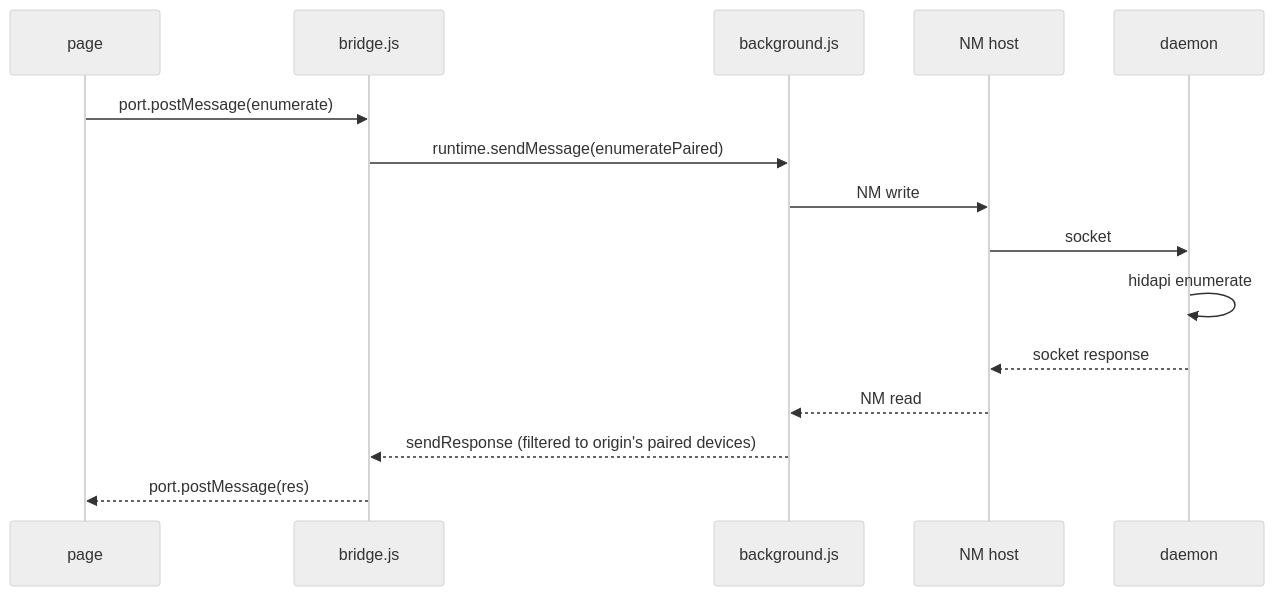
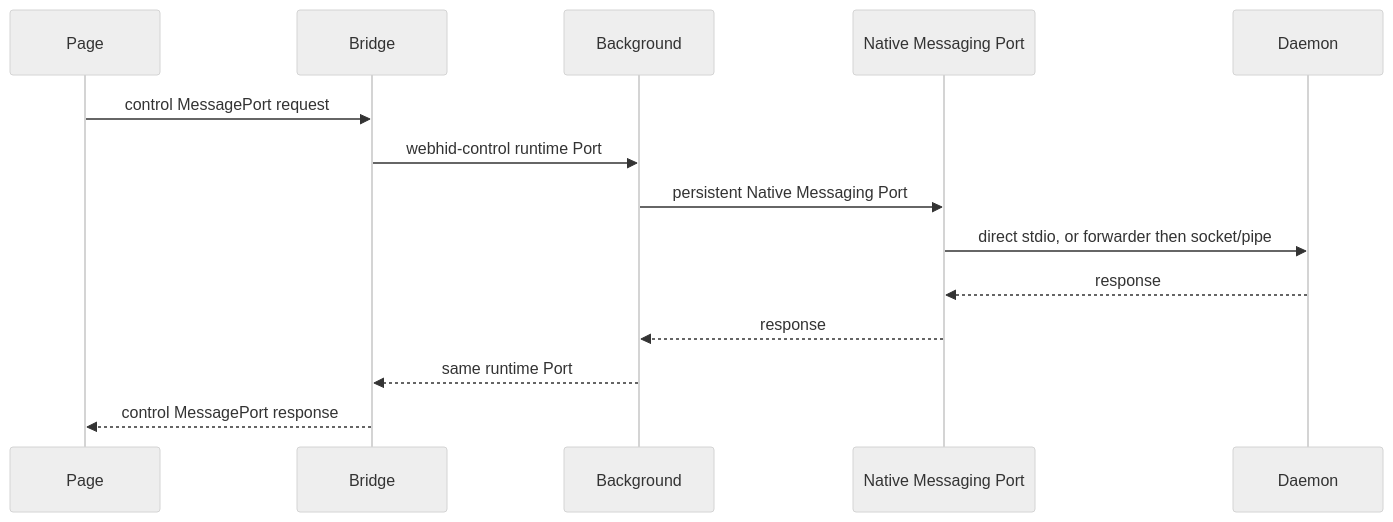
One commit to K4zoku/FF-WebHID changed the second of 6 diagrams in docs/ARCHITECTURE.md. Above: the diagram before and after it, drawn with Mermaid (neutral theme). The commit also changed other lines of this file and 4 other files, not shown here.

````diff
--- a/docs/ARCHITECTURE.md
+++ b/docs/ARCHITECTURE.md
@@ -292,18 +225,17 @@
 ```mermaid
 sequenceDiagram
-    participant P as page
-    participant B as bridge.js
-    participant G as background.js
-    participant N as NM host
-    participant D as daemon
+    participant P as Page
+    participant B as Bridge
+    participant G as Background
+    participant N as Native Messaging Port
+    participant D as Daemon
 
-    P->>B: port.postMessage(enumerate)
-    B->>G: runtime.sendMessage(enumeratePaired)
-    G->>N: NM write
-    N->>D: socket
-    D->>D: hidapi enumerate
-    D-->>N: socket response
-    N-->>G: NM read
-    G-->>B: sendResponse (filtered to origin's paired devices)
-    B-->>P: port.postMessage(res)
+    P->>B: control MessagePort request
+    B->>G: webhid-control runtime Port
+    G->>N: persistent Native Messaging Port
+    N->>D: direct stdio, or forwarder then socket/pipe
+    D-->>N: response
+    N-->>G: response
+    G-->>B: same runtime Port
+    B-->>P: control MessagePort response
 ```
````
